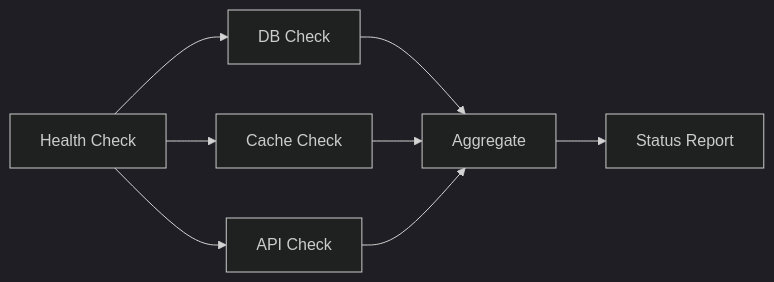
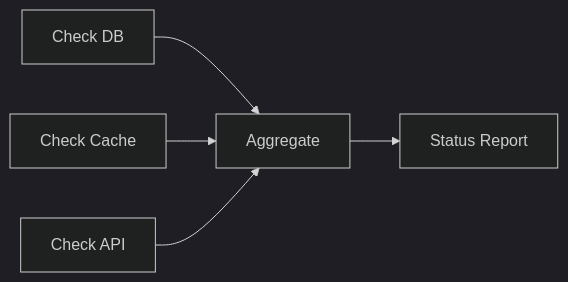
The first of 5 diagrams in examples/api_pipeline/14_health_checks/README.md (wisrovi/wpipe), drawn with Mermaid (dark theme) before and after one commit. The commit also changed other lines of this file and 20 other files, not shown here.

First line of the commit message:
Simplify Mermaid diagrams for better rendering

````diff
--- a/examples/api_pipeline/14_health_checks/README.md
+++ b/examples/api_pipeline/14_health_checks/README.md
@@ -14,10 +14,7 @@
 ```mermaid
 graph LR
-    A[Health Check] --> B[DB Check]
-    A --> C[Cache Check]
-    A --> D[API Check]
-    B --> E[Aggregate]
-    C --> E
-    D --> E
-    E --> F[Status Report]
+    A[Check DB] --> D[Aggregate]
+    B[Check Cache] --> D
+    C[Check API] --> D
+    D --> E[Status Report]
 ```
````
